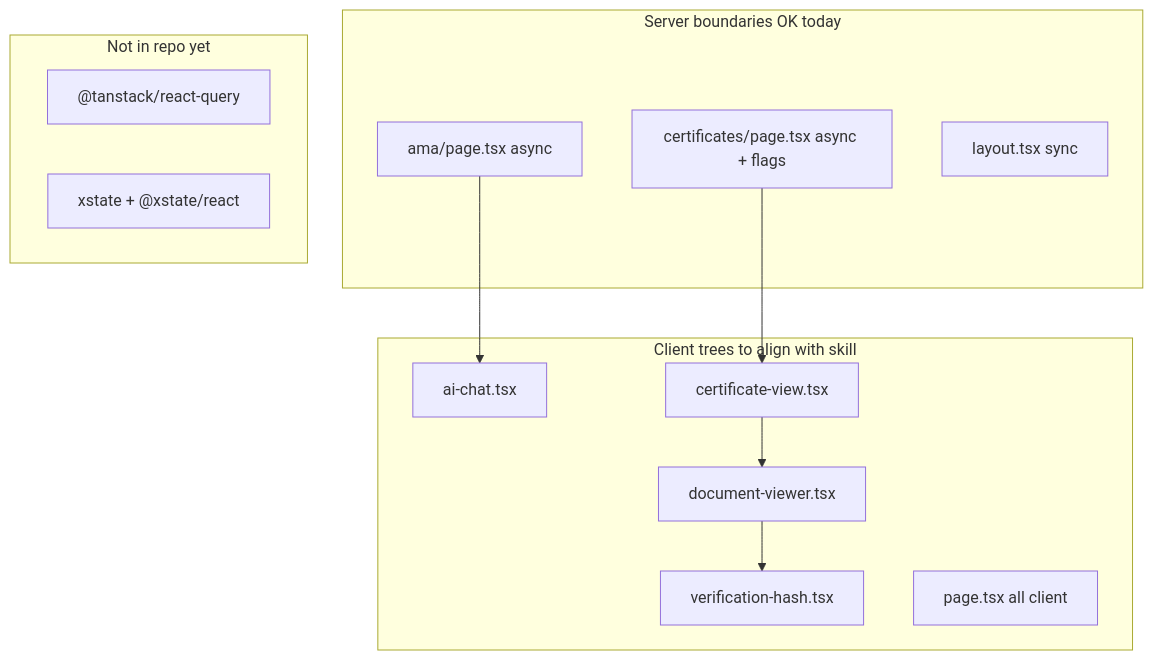
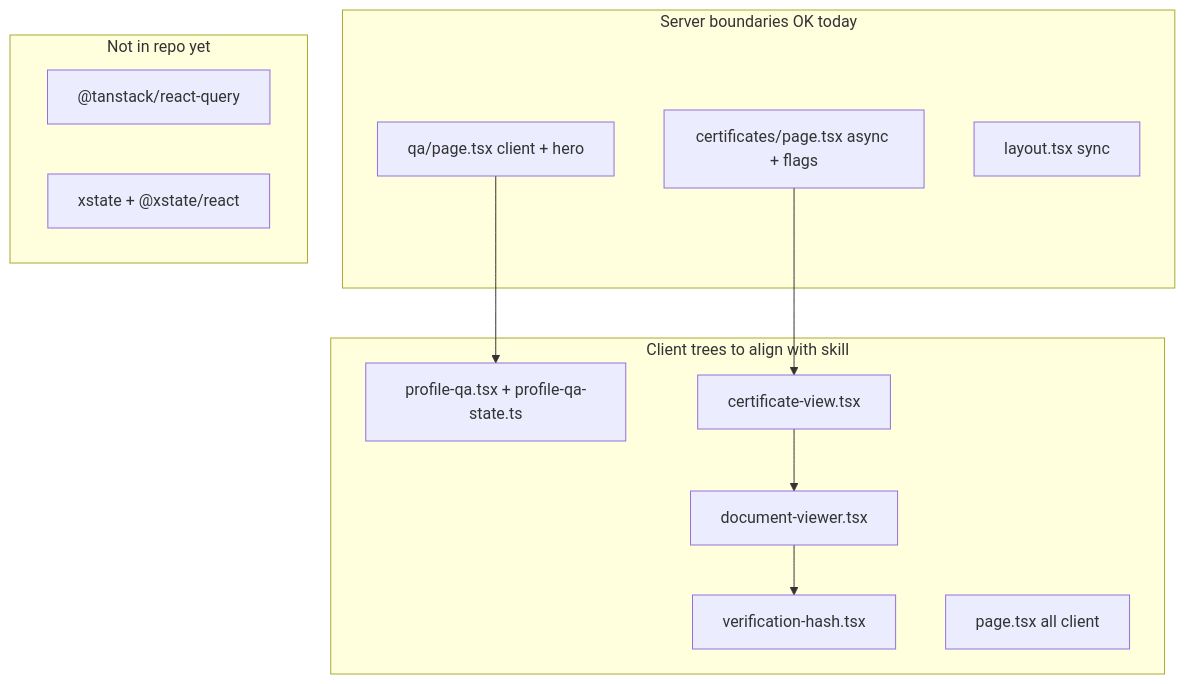
One commit to p10ns11y/devprofile changed the diagram in docs/react-client-roadmap.md. Above: the diagram before and after it, drawn with Mermaid. The commit also changed other lines of this file and 8 other files, not shown here.

First line of the commit message:
docs(qa): update architecture, roadmap, and agent references

````diff
--- a/docs/react-client-roadmap.md
+++ b/docs/react-client-roadmap.md
@@ -20,23 +20,23 @@
 ```mermaid
 flowchart TB
   subgraph serverOK [Server boundaries OK today]
-    AMAPage["ama/page.tsx async"]
+    QAPage["qa/page.tsx client + hero"]
     CertPage["certificates/page.tsx async + flags"]
     RootLayout["layout.tsx sync"]
   end
   subgraph clientWork [Client trees to align with skill]
-    AICHAT["ai-chat.tsx"]
+    ProfileQA["profile-qa.tsx + profile-qa-state.ts"]
     VerifyHash["verification-hash.tsx"]
     CertView["certificate-view.tsx"]
     DocViewer["document-viewer.tsx"]
     HomePage["page.tsx all client"]
   end
   subgraph depsToAdd [Not in repo yet]
     RQ["@tanstack/react-query"]
     XS["xstate + @xstate/react"]
   end
-  AMAPage --> AICHAT
+  QAPage --> ProfileQA
   CertPage --> CertView
   CertView --> DocViewer
   DocViewer --> VerifyHash
 ```
````
